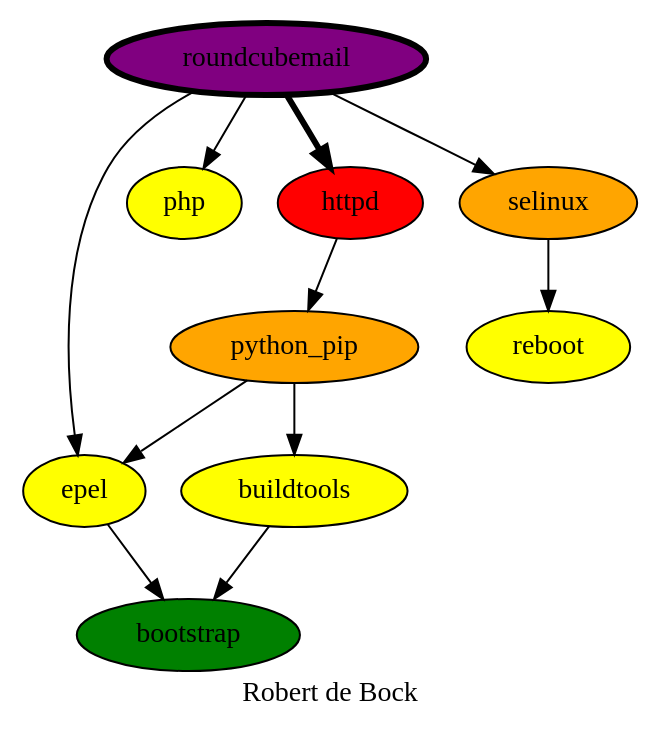
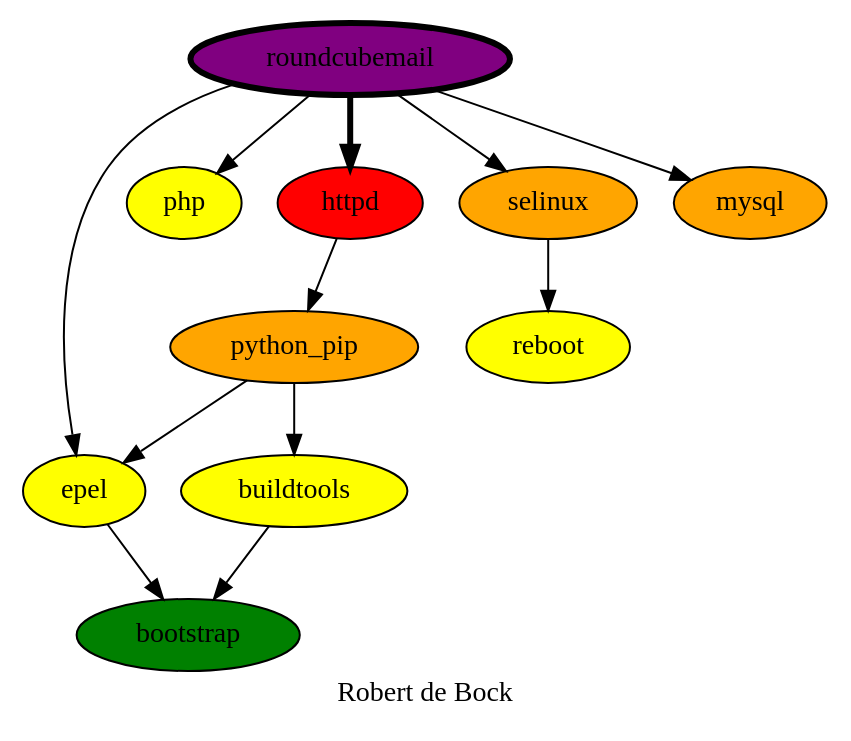
One commit to robertdebock/drawings changed the diagram in roundcubemail.dot. Above: the diagram before and after it, drawn with Graphviz. The commit also changed 6 other files, not shown here.

```diff
--- a/roundcubemail.dot
+++ b/roundcubemail.dot
@@ -1,22 +1,23 @@
 digraph PhiloDilemma {
   label = "Robert de Bock" ;
   overlap=false
   {
     bootstrap [fillcolor=green style=filled]
     buildtools [fillcolor=yellow style=filled]
     epel [fillcolor=yellow style=filled]
     php [fillcolor=yellow style=filled]
     "python_pip" [fillcolor=orange style=filled]
     httpd [fillcolor=red style=filled]
     roundcubemail [fillcolor=purple style=filled penwidth=3]
     selinux [fillcolor=orange style=filled]
     reboot [fillcolor=yellow style=filled]
+    mysql [fillcolor=orange style=filled]
   }
   {buildtools epel} -> bootstrap
   "python_pip" -> {buildtools epel}
   httpd -> "python_pip"
   roundcubemail -> {epel php}
   roundcubemail -> httpd [penwidth=3]
-  roundcubemail -> selinux
+  roundcubemail -> {selinux mysql}
   selinux -> reboot
 }
```
